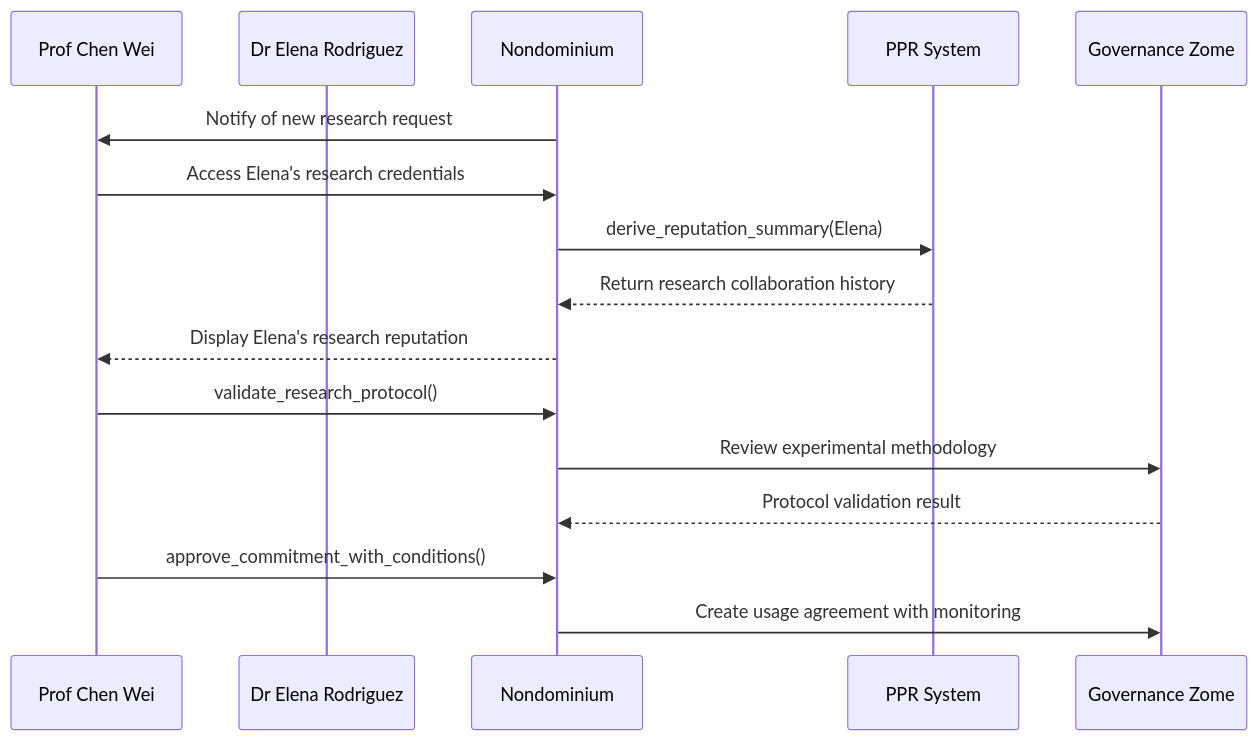
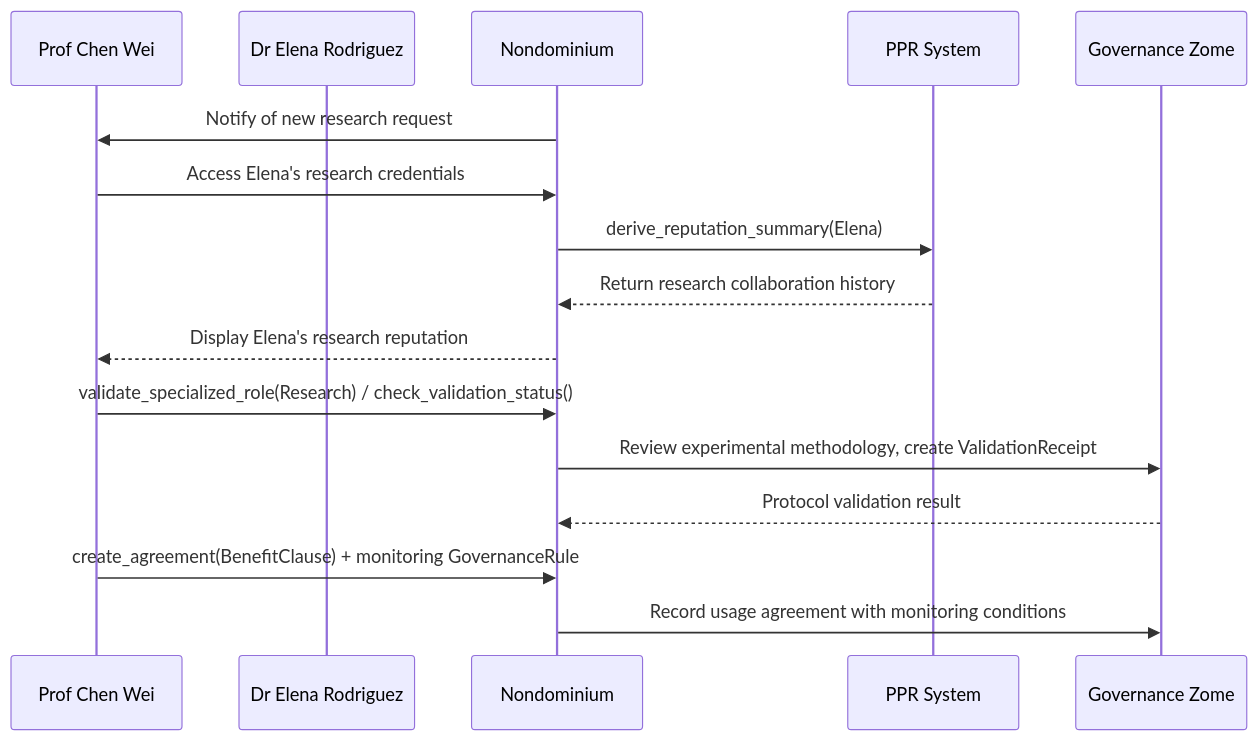
One commit to Sensorica/nondominium changed the fourth of 11 diagrams in documentation/Applications/user-story/user-story-open-science.md. Above: the diagram before and after it, drawn with Mermaid. The commit also changed other lines of this file and 99 other files, not shown here.

````diff
--- a/documentation/Applications/user-story/user-story-open-science.md
+++ b/documentation/Applications/user-story/user-story-open-science.md
@@ -128,20 +143,20 @@
 ```mermaid
 sequenceDiagram
     participant Chen as Prof Chen Wei
     participant Elena as Dr Elena Rodriguez
     participant ND as Nondominium
     participant PPR as PPR System
     participant Gov as Governance Zome
 
     ND->>Chen: Notify of new research request
     Chen->>ND: Access Elena's research credentials
     ND->>PPR: derive_reputation_summary(Elena)
     PPR-->>ND: Return research collaboration history
     ND-->>Chen: Display Elena's research reputation
 
-    Chen->>ND: validate_research_protocol()
-    ND->>Gov: Review experimental methodology
+    Chen->>ND: validate_specialized_role(Research) / check_validation_status()
+    ND->>Gov: Review experimental methodology, create ValidationReceipt
     Gov-->>ND: Protocol validation result
-    Chen->>ND: approve_commitment_with_conditions()
-    ND->>Gov: Create usage agreement with monitoring
+    Chen->>ND: create_agreement(BenefitClause) + monitoring GovernanceRule
+    ND->>Gov: Record usage agreement with monitoring conditions
 ```
````
